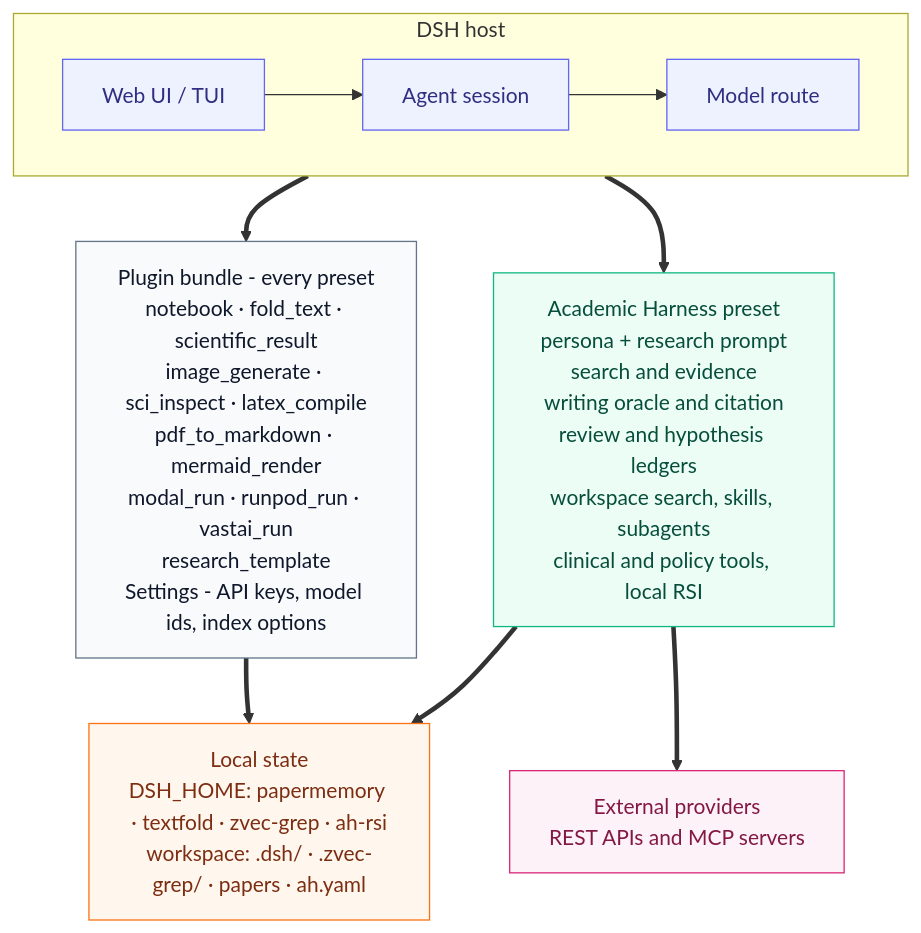
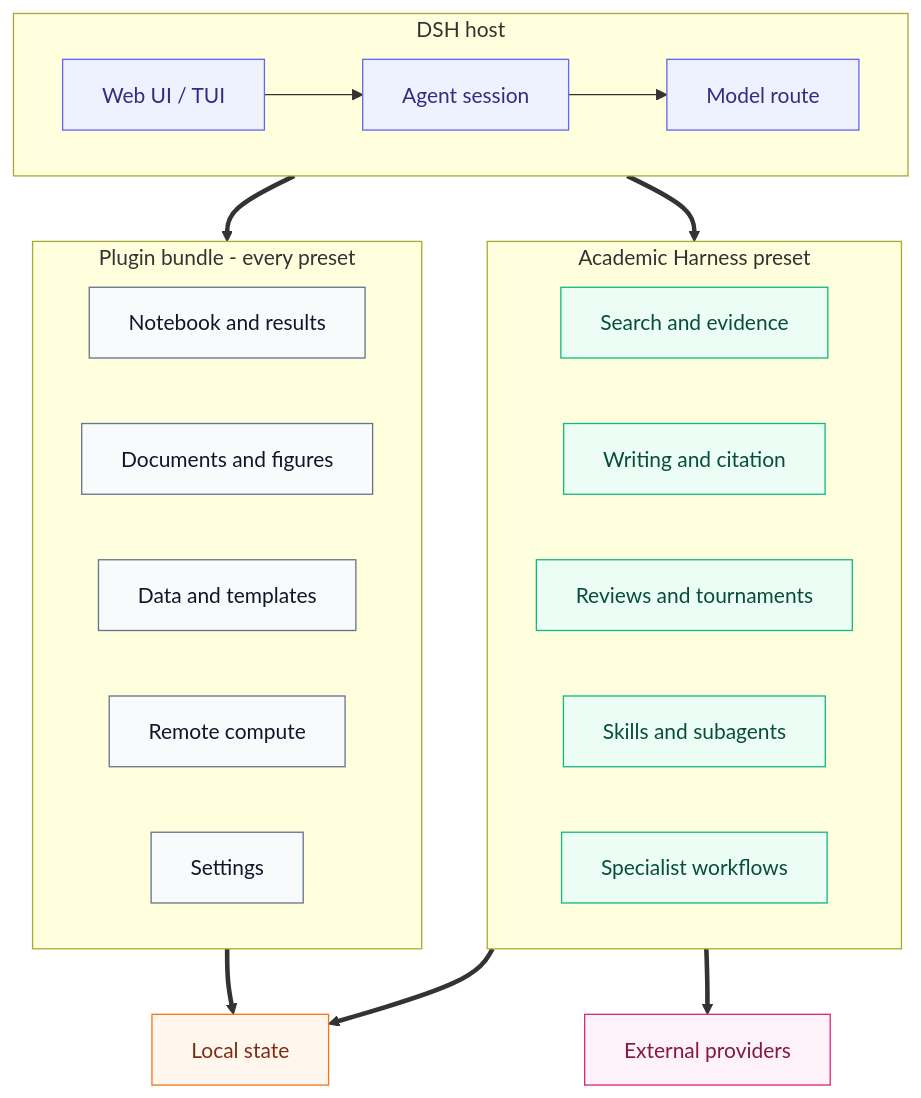
Before and after one commit to raktim-mondol/academic-harness: the diagram in docs/diagrams/architecture.mmd, drawn with Mermaid. The commit also changed 1 other file, not shown here.

Commit message:
docs: simplify architecture diagram boxes to single category labels

```diff
--- a/docs/diagrams/architecture.mmd
+++ b/docs/diagrams/architecture.mmd
@@ -1,29 +1,43 @@
 flowchart TB
   subgraph host[DSH host]
     direction LR
     ui[Web UI / TUI] --> agent[Agent session] --> model[Model route]
   end
 
-  bundle[Plugin bundle - every preset<br/>notebook · fold_text · scientific_result<br/>image_generate · sci_inspect · latex_compile<br/>pdf_to_markdown · mermaid_render<br/>modal_run · runpod_run · vastai_run<br/>research_template<br/>Settings - API keys, model ids, index options]
+  subgraph bundle[Plugin bundle - every preset]
+    direction LR
+    b1[Notebook and results]
+    b2[Documents and figures]
+    b3[Data and templates]
+    b4[Remote compute]
+    b5[Settings]
+  end
 
-  preset[Academic Harness preset<br/>persona + research prompt<br/>search and evidence<br/>writing oracle and citation<br/>review and hypothesis ledgers<br/>workspace search, skills, subagents<br/>clinical and policy tools, local RSI]
+  subgraph preset[Academic Harness preset]
+    direction LR
+    p1[Search and evidence]
+    p2[Writing and citation]
+    p3[Reviews and tournaments]
+    p4[Skills and subagents]
+    p5[Specialist workflows]
+  end
 
-  providers[External providers<br/>REST APIs and MCP servers]
-  state[Local state<br/>DSH_HOME: papermemory · textfold · zvec-grep · ah-rsi<br/>workspace: .dsh/ · .zvec-grep/ · papers · ah.yaml]
+  providers[External providers]
+  state[Local state]
 
   host ==> bundle
   host ==> preset
   bundle ==> state
   preset ==> providers
   preset ==> state
 
   classDef host fill:#eef2ff,stroke:#6366f1,color:#312e81
   classDef bundle fill:#f8fafc,stroke:#64748b,color:#0f172a
   classDef preset fill:#ecfdf5,stroke:#10b981,color:#064e3b
   classDef state fill:#fff7ed,stroke:#f97316,color:#7c2d12
   classDef external fill:#fdf2f8,stroke:#db2777,color:#831843
   class ui,agent,model host
-  class bundle bundle
-  class preset preset
+  class b1,b2,b3,b4,b5 bundle
+  class p1,p2,p3,p4,p5 preset
   class state state
   class providers external
```
